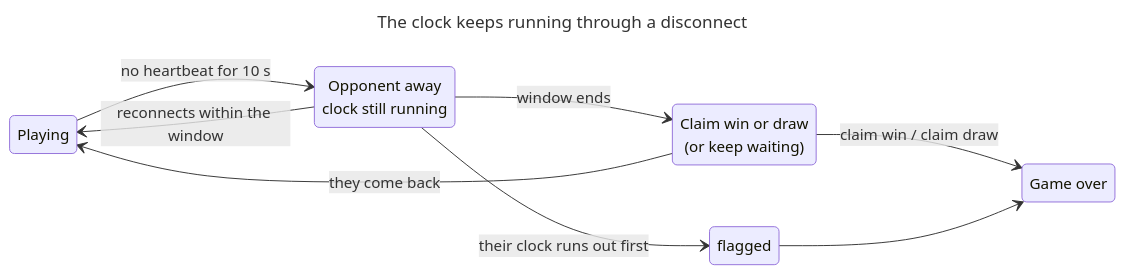
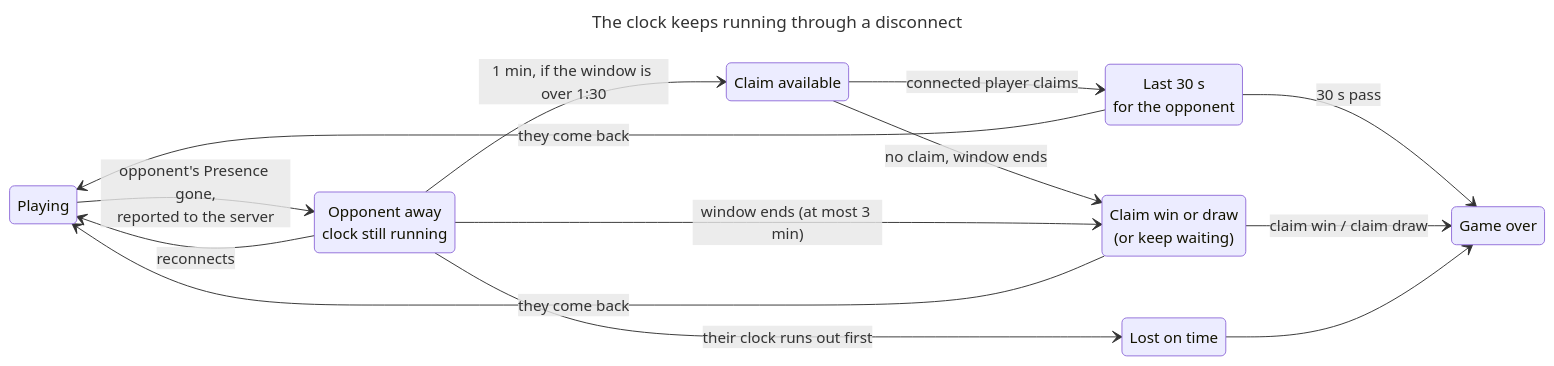
Before and after one commit to jetzhu/xiangqi: the first of 3 diagrams in docs/v0.3-online-design.md, drawn with Mermaid. The commit also changed other lines of this file, not shown here.

Commit message:
docs: v0.3 matching shows the nearest seekers; players watch each other's connection, early claim in longer games

````diff
--- a/docs/v0.3-online-design.md
+++ b/docs/v0.3-online-design.md
@@ -109,18 +110,26 @@
 ```mermaid
 ---
 title: The clock keeps running through a disconnect
 ---
 stateDiagram-v2
   direction LR
   playing: Playing
   away: Opponent away<br/>clock still running
   claim: Claim win or draw<br/>(or keep waiting)
-  playing --> away: no heartbeat for 10 s
-  away --> playing: reconnects within the window
-  away --> claim: window ends
+  playing --> away: opponent's Presence gone,<br/>reported to the server
+  away --> playing: reconnects
+  away --> early: 1 min, if the window is over 1:30
+  early --> last: connected player claims
+  last --> over: 30 s pass
+  last --> playing: they come back
+  early --> claim: no claim, window ends
+  away --> claim: window ends (at most 3 min)
   away --> flagged: their clock runs out first
   claim --> over: claim win / claim draw
   claim --> playing: they come back
+  early: Claim available
+  last: Last 30 s<br/>for the opponent
   flagged --> over
+  flagged: Lost on time
   over: Game over
 ```
````
